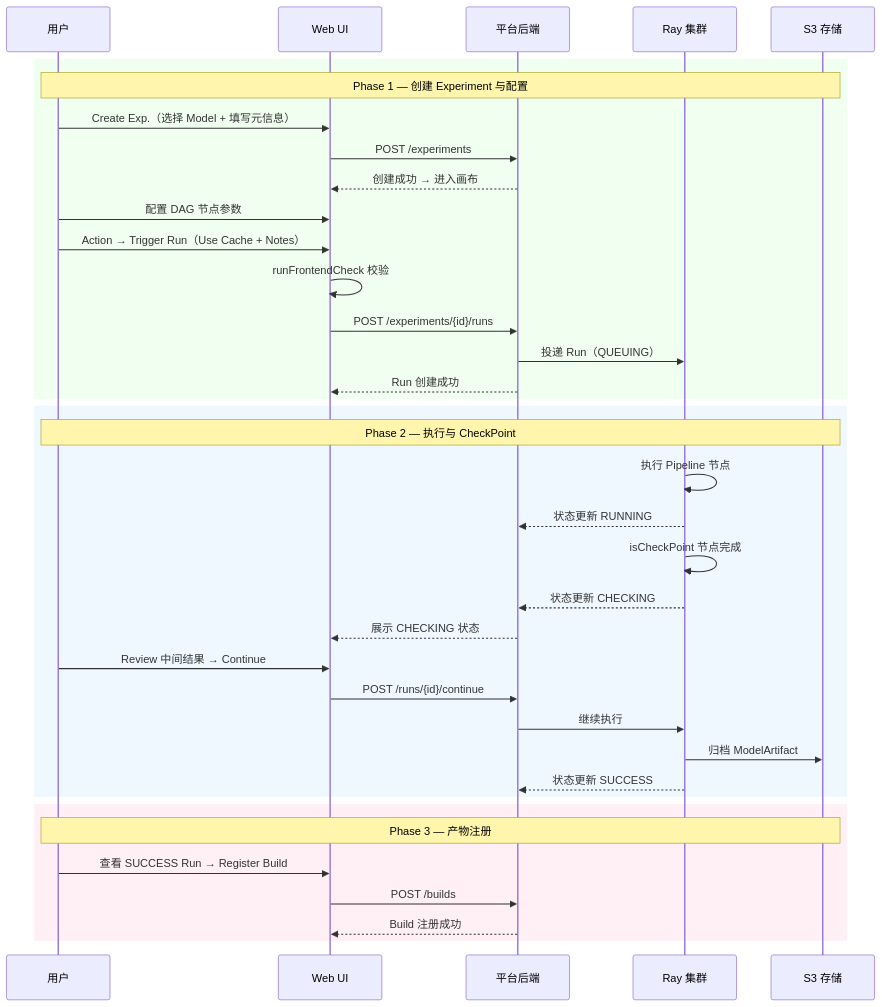
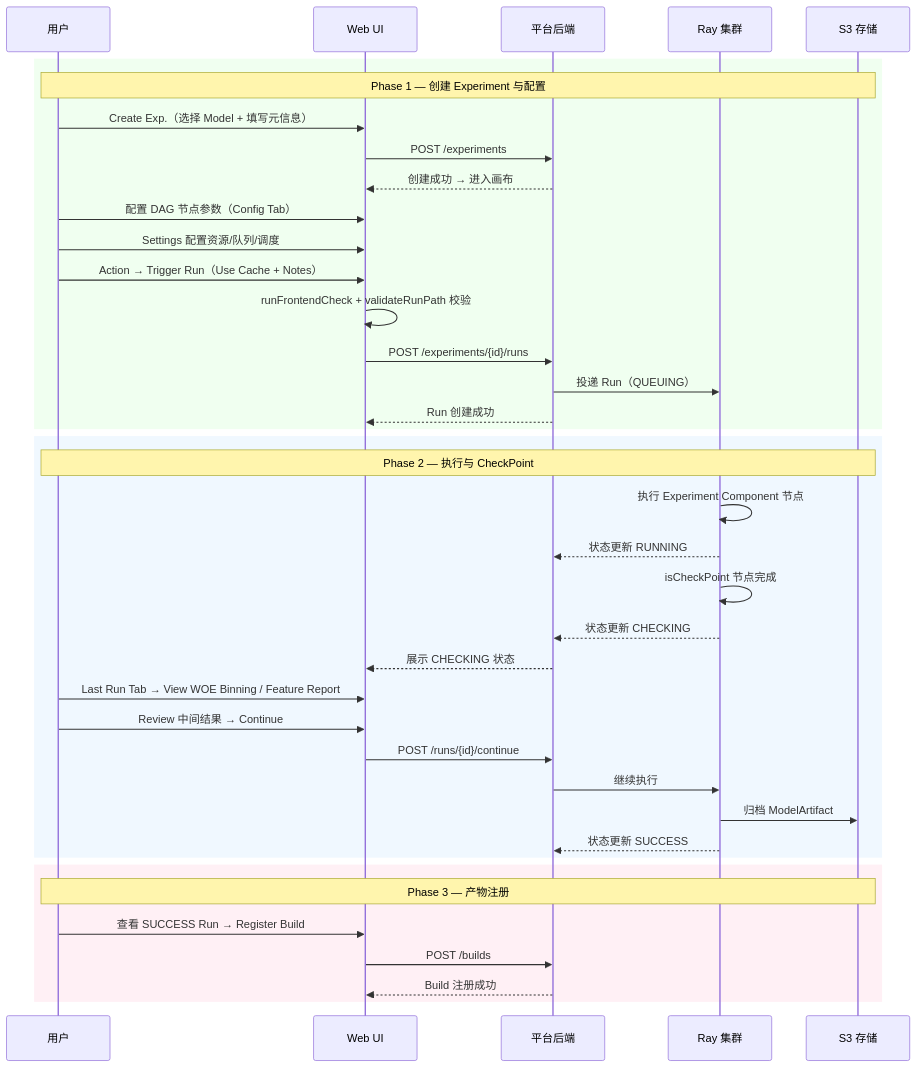
Before and after one commit to Cedric-Chan/ModelExperiment: the third of 4 diagrams in docs/design/产品原型与PRD.md, drawn with Mermaid. The commit also changed other lines of this file, not shown here.

````diff
--- a/docs/design/产品原型与PRD.md
+++ b/docs/design/产品原型与PRD.md
@@ -414,42 +567,44 @@
 ```mermaid
 sequenceDiagram
     participant User as 用户
     participant Web as Web UI
     participant BE as 平台后端
     participant Ray as Ray 集群
     participant S3 as S3 存储
 
     rect rgb(240, 255, 240)
     Note over User,S3: Phase 1 — 创建 Experiment 与配置
     User->>Web: Create Exp.（选择 Model + 填写元信息）
     Web->>BE: POST /experiments
     BE-->>Web: 创建成功 → 进入画布
-    User->>Web: 配置 DAG 节点参数
+    User->>Web: 配置 DAG 节点参数（Config Tab）
+    User->>Web: Settings 配置资源/队列/调度
     User->>Web: Action → Trigger Run（Use Cache + Notes）
-    Web->>Web: runFrontendCheck 校验
+    Web->>Web: runFrontendCheck + validateRunPath 校验
     Web->>BE: POST /experiments/{id}/runs
     BE->>Ray: 投递 Run（QUEUING）
     BE-->>Web: Run 创建成功
     end
 
     rect rgb(240, 248, 255)
     Note over User,S3: Phase 2 — 执行与 CheckPoint
-    Ray->>Ray: 执行 Pipeline 节点
+    Ray->>Ray: 执行 Experiment Component 节点
     Ray-->>BE: 状态更新 RUNNING
     Ray->>Ray: isCheckPoint 节点完成
     Ray-->>BE: 状态更新 CHECKING
     BE-->>Web: 展示 CHECKING 状态
+    User->>Web: Last Run Tab → View WOE Binning / Feature Report
     User->>Web: Review 中间结果 → Continue
     Web->>BE: POST /runs/{id}/continue
     BE->>Ray: 继续执行
     Ray->>S3: 归档 ModelArtifact
     Ray-->>BE: 状态更新 SUCCESS
     end
 
     rect rgb(255, 240, 245)
     Note over User,S3: Phase 3 — 产物注册
     User->>Web: 查看 SUCCESS Run → Register Build
     Web->>BE: POST /builds
     BE-->>Web: Build 注册成功
     end
 ```
````
